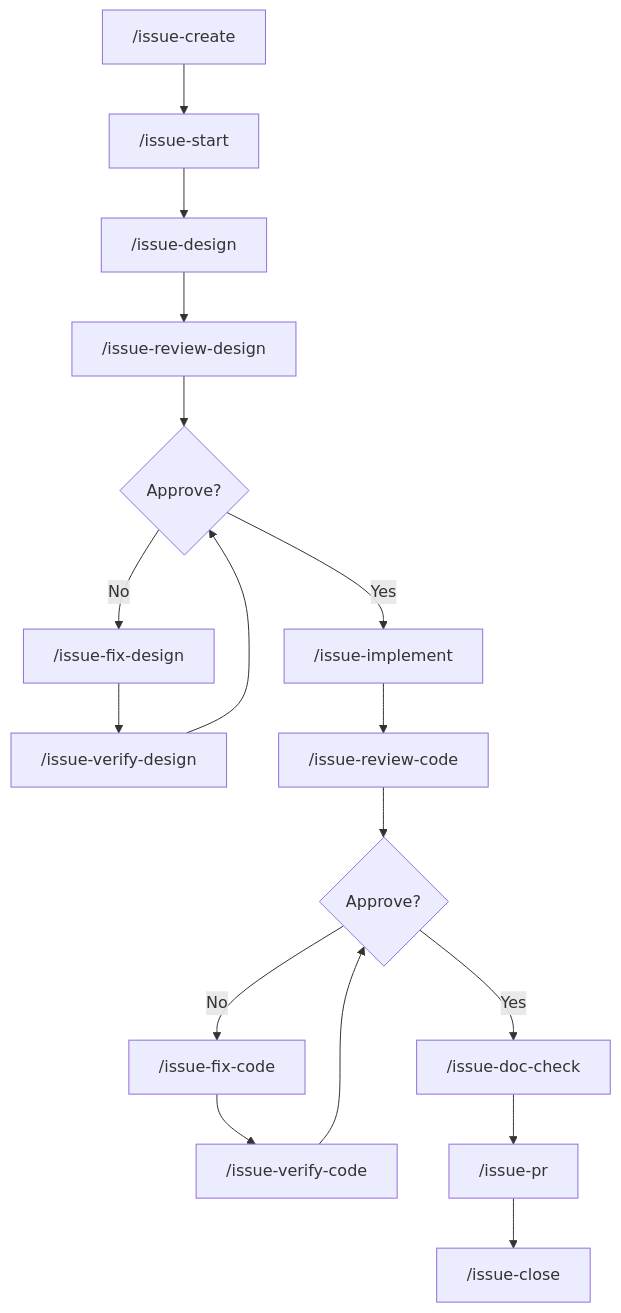
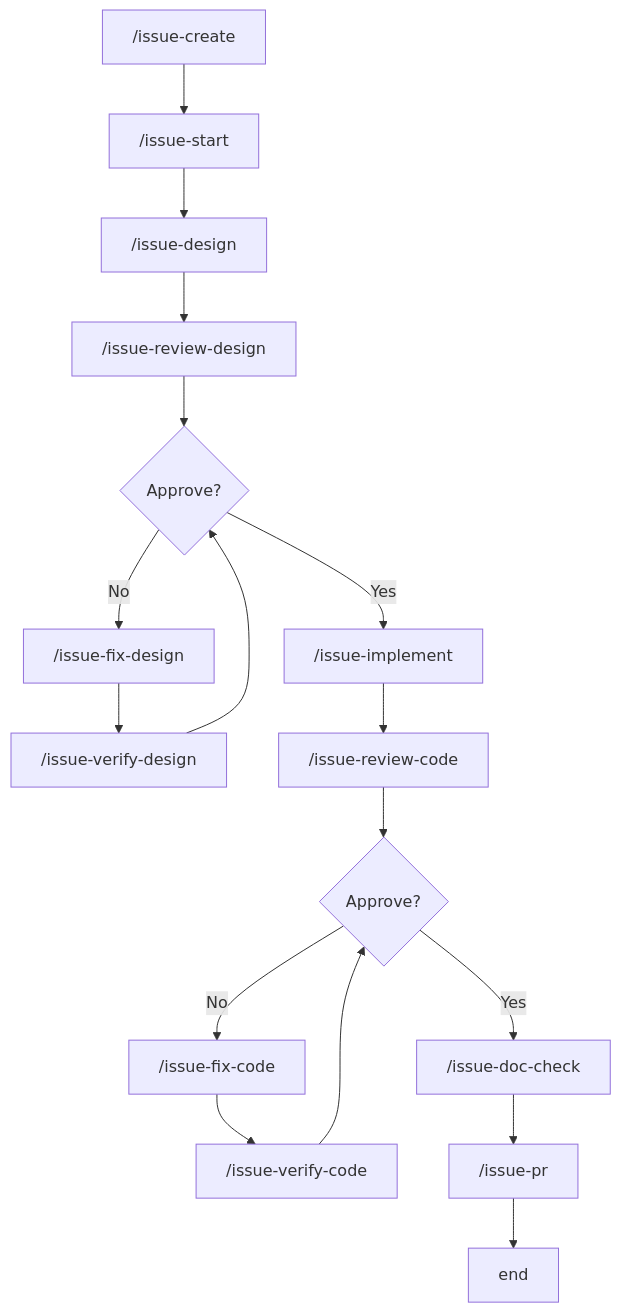
One commit to apokamo/kaji changed the first of 2 diagrams in docs/dev/development_workflow.md. Above: the diagram before and after it, drawn with Mermaid. The commit also changed other lines of this file and 2 other files, not shown here.

Commit message:
feat: stop workflow at PR creation, remove auto close step for #93

````diff
--- a/docs/dev/development_workflow.md
+++ b/docs/dev/development_workflow.md
@@ -7,22 +7,22 @@
 ```mermaid
 flowchart TB
     A["/issue-create"] --> B["/issue-start"]
     B --> C["/issue-design"]
 
     C --> C1["/issue-review-design"]
     C1 --> C2{Approve?}
     C2 -->|No| C3["/issue-fix-design"]
     C3 --> C4["/issue-verify-design"]
     C4 --> C2
     C2 -->|Yes| D
 
     D["/issue-implement"]
     D --> D1["/issue-review-code"]
     D1 --> D2{Approve?}
     D2 -->|No| D3["/issue-fix-code"]
     D3 --> D4["/issue-verify-code"]
     D4 --> D2
     D2 -->|Yes| DC
 
-    DC["/issue-doc-check"] --> E["/issue-pr"] --> F["/issue-close"]
+    DC["/issue-doc-check"] --> E["/issue-pr"] --> F["end"]
 ```
````
